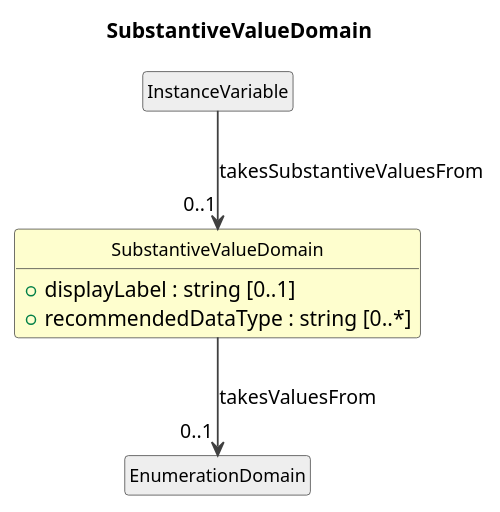
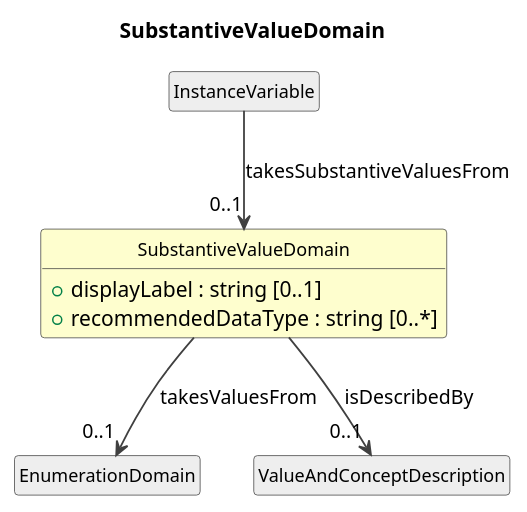
Before and after one commit to Cross-Domain-Interoperability-Framework/metadataBuildingBlocks: the diagram in cdif-uml-model/_plantuml/cdifDataDescription/Classes/SubstantiveValueDomain.pu, drawn with PlantUML. The commit also changed 72 other files, not shown here.

Commit message:
Regenerate UML model browser: ValueDomain isDescribedBy + conceptual cleanup

```diff
--- a/cdif-uml-model/_plantuml/cdifDataDescription/Classes/SubstantiveValueDomain.pu
+++ b/cdif-uml-model/_plantuml/cdifDataDescription/Classes/SubstantiveValueDomain.pu
@@ -1,22 +1,24 @@
 @startuml
 title SubstantiveValueDomain
 hide circle
 hide empty members
 skinparam shadowing false
 skinparam ArrowThickness 1.2
 skinparam class {
   ArrowColor #404040
   BorderColor #404040
   FontSize 12
 }
 
 class "SubstantiveValueDomain" as SubstantiveValueDomain #FEFECE {
   +displayLabel : string [0..1]
   +recommendedDataType : string [0..*]
 }
 class "InstanceVariable" as InstanceVariable #EEEEEE
 InstanceVariable --> "0..1" SubstantiveValueDomain : takesSubstantiveValuesFrom
 class "EnumerationDomain" as EnumerationDomain #EEEEEE
 SubstantiveValueDomain --> "0..1" EnumerationDomain : takesValuesFrom
+class "ValueAndConceptDescription" as ValueAndConceptDescription #EEEEEE
+SubstantiveValueDomain --> "0..1" ValueAndConceptDescription : isDescribedBy
 
 @enduml
```
